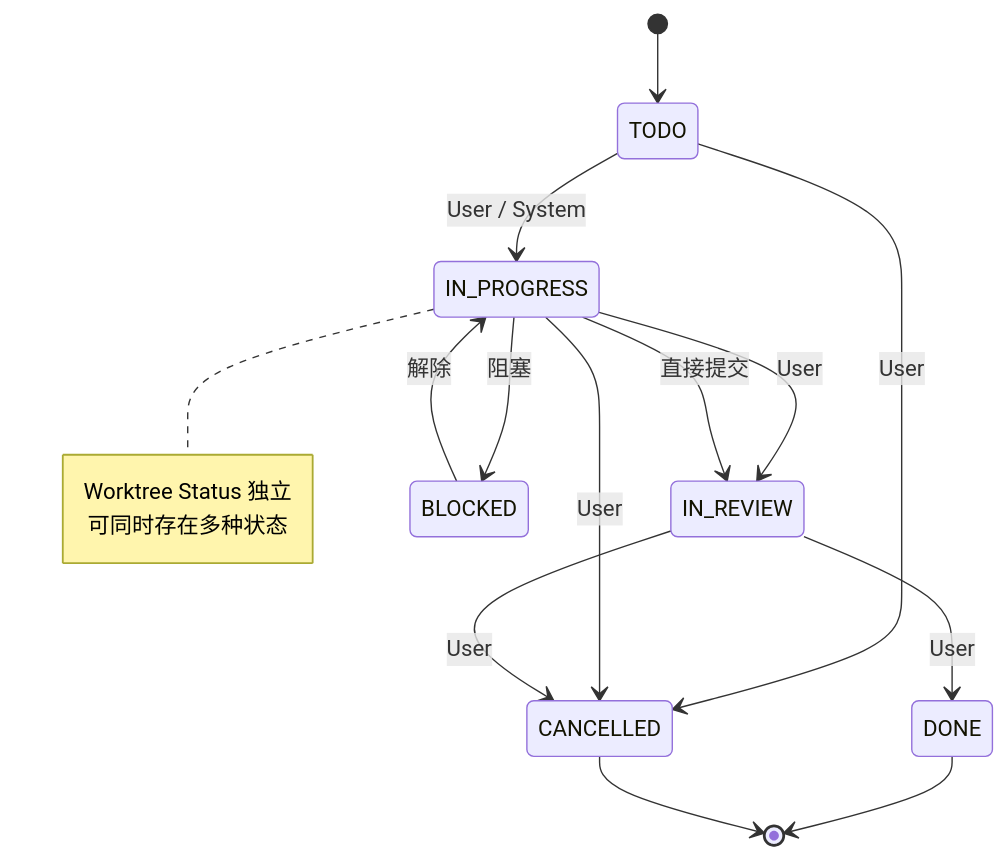
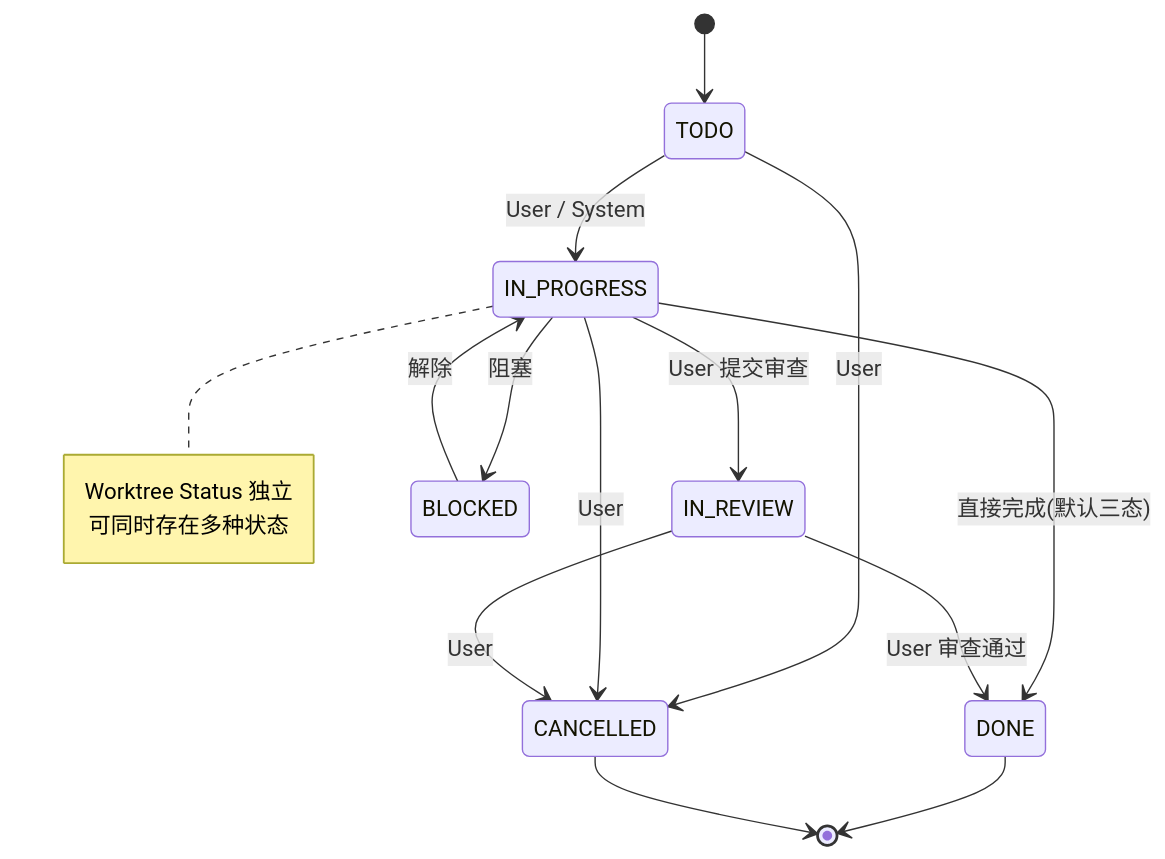
The fifth of 11 diagrams in docs/basic-design.md (UlyssesLeoLee/Star), drawn with Mermaid before and after one commit. The commit also changed other lines of this file and 7 other files, not shown here.

````diff
--- a/docs/basic-design.md
+++ b/docs/basic-design.md
@@ -3278,19 +3280,19 @@
 ```mermaid
 stateDiagram-v2
     [*] --> TODO
     TODO --> IN_PROGRESS: User / System
-    IN_PROGRESS --> IN_REVIEW: User
-    IN_REVIEW --> DONE: User
+    IN_PROGRESS --> DONE: 直接完成(默认三态)
+    IN_PROGRESS --> IN_REVIEW: User 提交审查
+    IN_REVIEW --> DONE: User 审查通过
     IN_PROGRESS --> BLOCKED: 阻塞
     BLOCKED --> IN_PROGRESS: 解除
-    IN_PROGRESS --> IN_REVIEW: 直接提交
     TODO --> CANCELLED: User
     IN_PROGRESS --> CANCELLED: User
     IN_REVIEW --> CANCELLED: User
     DONE --> [*]
     CANCELLED --> [*]
     note right of IN_PROGRESS
         Worktree Status 独立
         可同时存在多种状态
     end note
 ```
````
